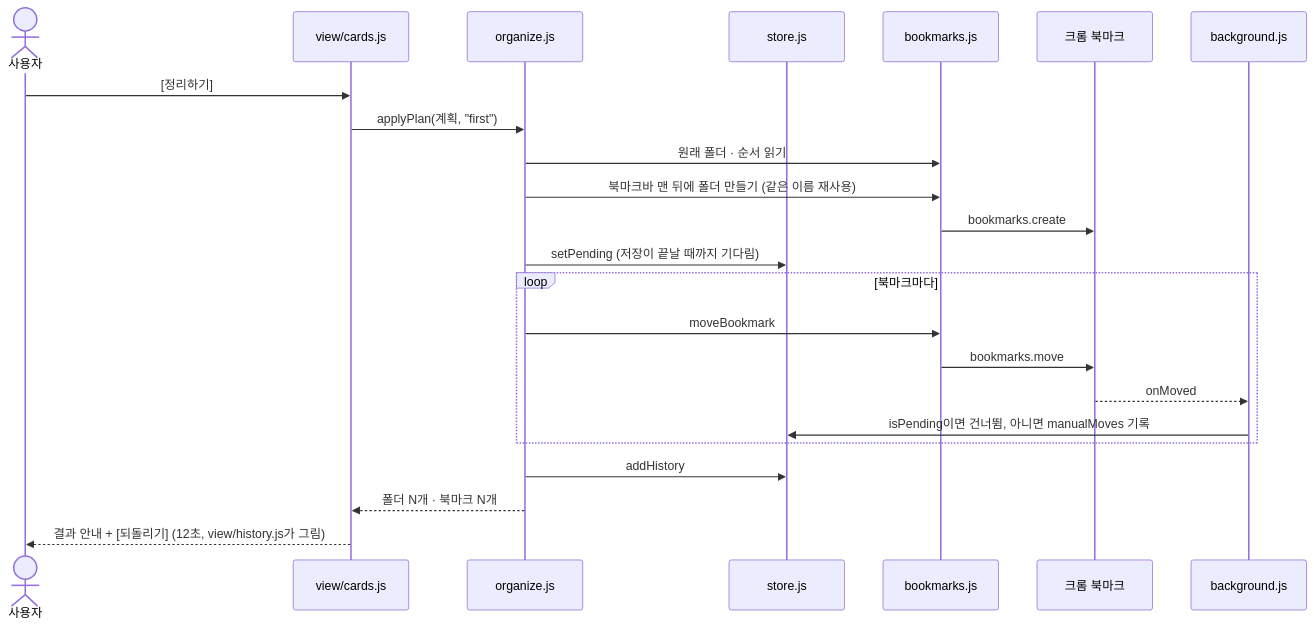
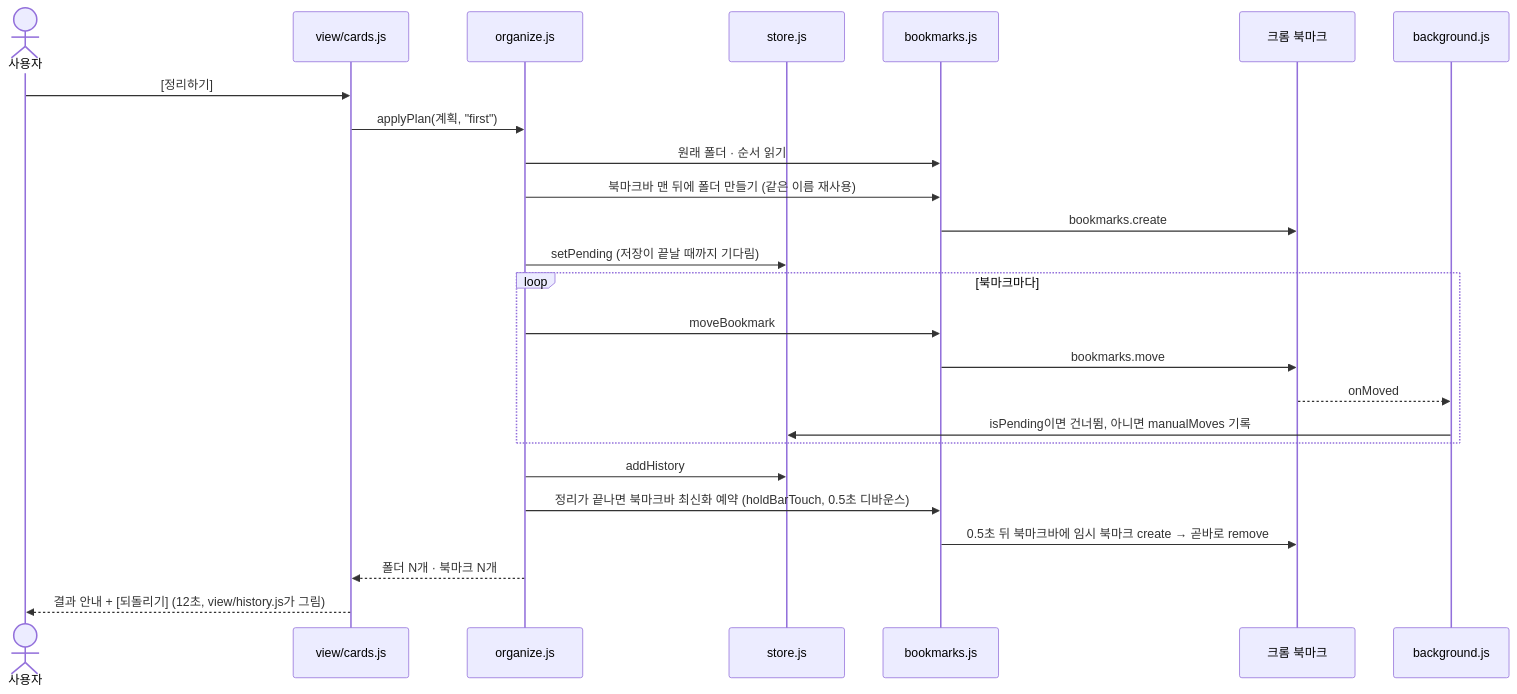
One commit to aix-team-5/aix_BaroLink_bookmark changed the third of 3 diagrams in docs/file-structure.md. Above: the diagram before and after it, drawn with Mermaid. The commit also changed other lines of this file and 8 other files, not shown here.

````diff
--- a/docs/file-structure.md
+++ b/docs/file-structure.md
@@ -231,26 +231,28 @@
 ```mermaid
 sequenceDiagram
   actor U as 사용자
   participant R as view/cards.js
   participant O as organize.js
   participant S as store.js
   participant B as bookmarks.js
   participant C as 크롬 북마크
   participant W as background.js
 
   U->>R: [정리하기]
   R->>O: applyPlan(계획, "first")
   O->>B: 원래 폴더 · 순서 읽기
   O->>B: 북마크바 맨 뒤에 폴더 만들기 (같은 이름 재사용)
   B->>C: bookmarks.create
   O->>S: setPending (저장이 끝날 때까지 기다림)
   loop 북마크마다
     O->>B: moveBookmark
     B->>C: bookmarks.move
     C-->>W: onMoved
     W->>S: isPending이면 건너뜀, 아니면 manualMoves 기록
   end
   O->>S: addHistory
+  O->>B: 정리가 끝나면 북마크바 최신화 예약 (holdBarTouch, 0.5초 디바운스)
+  B->>C: 0.5초 뒤 북마크바에 임시 북마크 create → 곧바로 remove
   O-->>R: 폴더 N개 · 북마크 N개
   R-->>U: 결과 안내 + [되돌리기] (12초, view/history.js가 그림)
 ```
````
